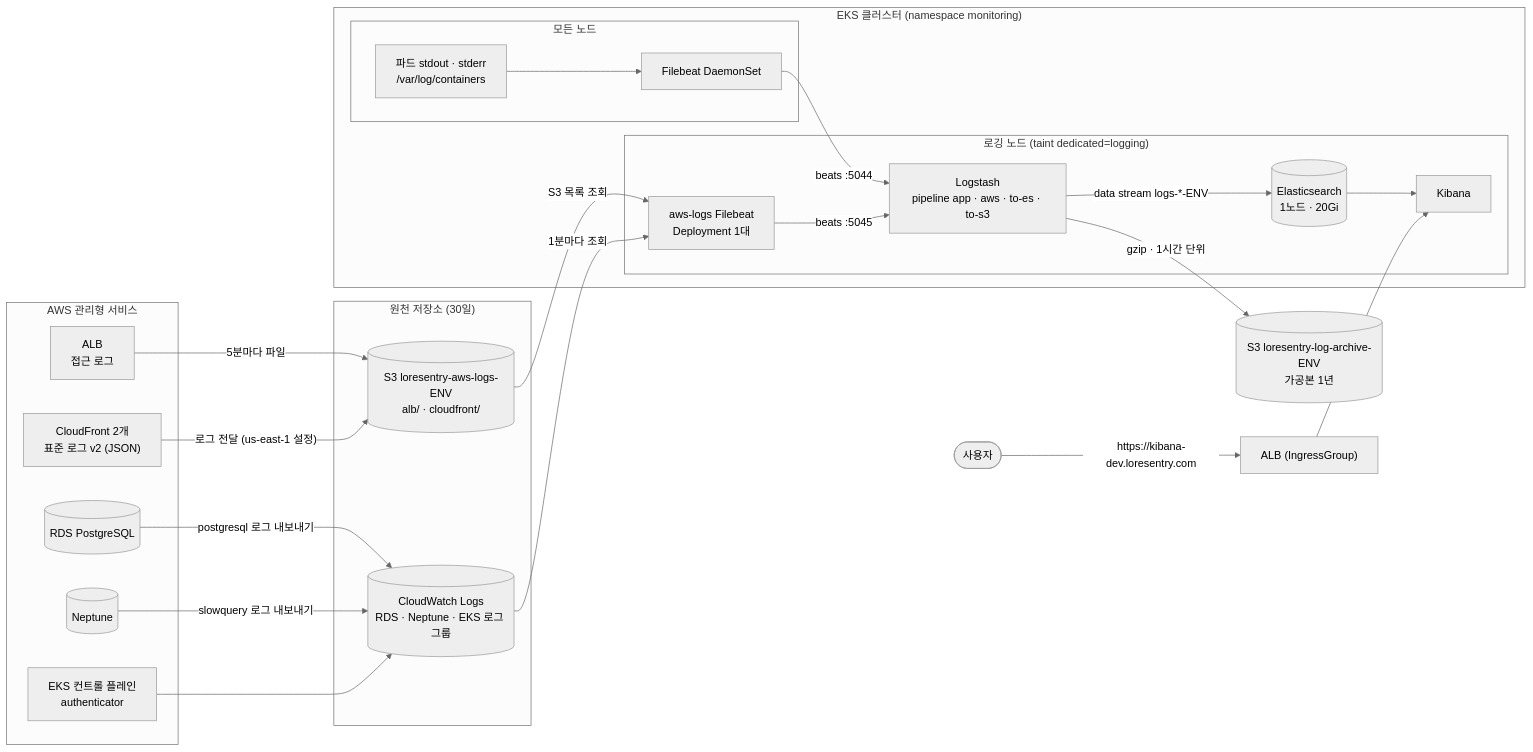
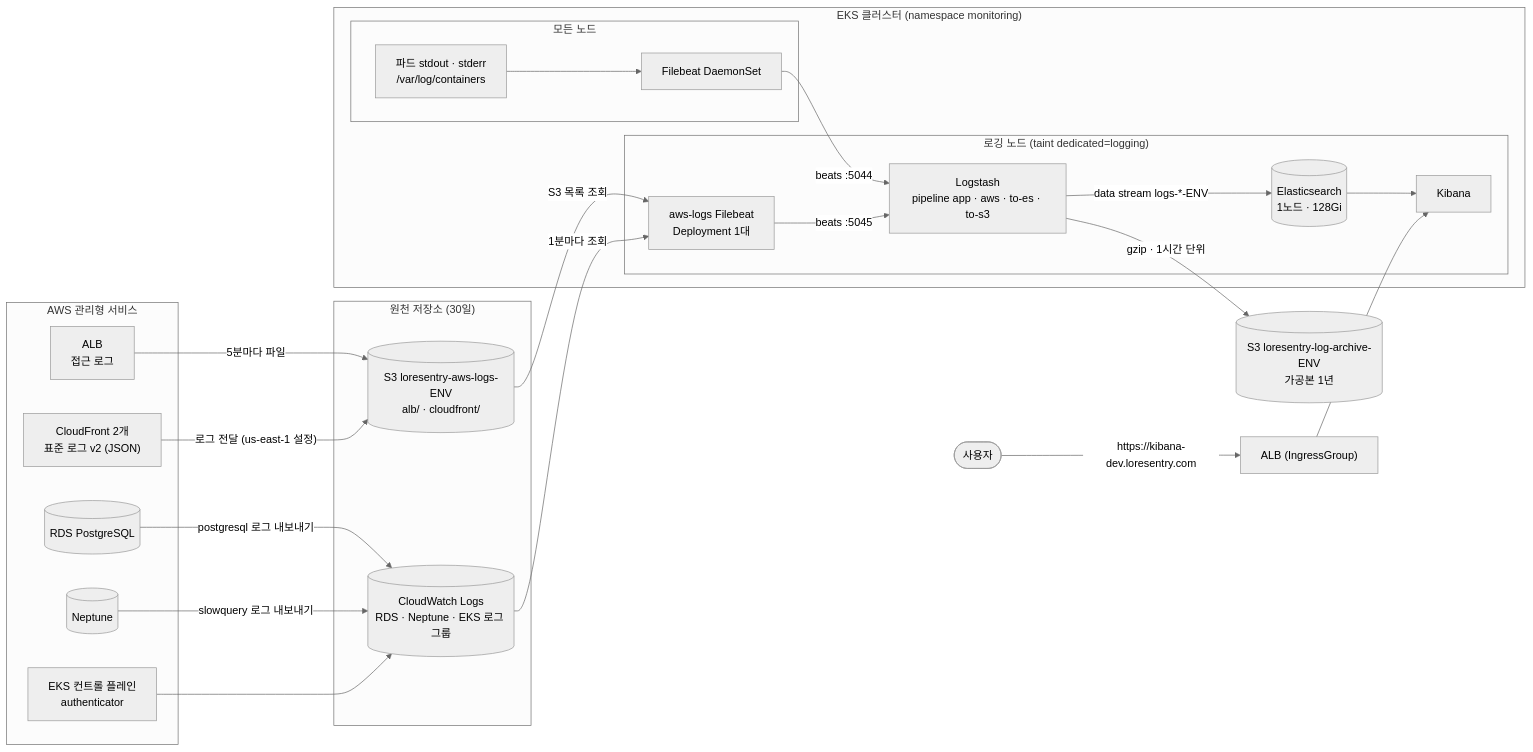
The first of 5 diagrams in LOGGING_ARCHITECTURE.md (soma-lorekeeper/docs), drawn with Mermaid (neutral theme) before and after one commit. The commit also changed other lines of this file and 3 other files, not shown here.

````diff
--- a/LOGGING_ARCHITECTURE.md
+++ b/LOGGING_ARCHITECTURE.md
@@ -19,44 +19,44 @@
 ```mermaid
 flowchart LR
   subgraph AWS["AWS 관리형 서비스"]
     ALB["ALB<br/>접근 로그"]
     CF["CloudFront 2개<br/>표준 로그 v2 (JSON)"]
     RDS[("RDS PostgreSQL")]
     NEP[("Neptune")]
     EKSCP["EKS 컨트롤 플레인<br/>authenticator"]
   end
 
   subgraph SRC["원천 저장소 (30일)"]
     S3SRC[("S3 loresentry-aws-logs-ENV<br/>alb/ · cloudfront/")]
     CWL[("CloudWatch Logs<br/>RDS · Neptune · EKS 로그 그룹")]
   end
 
   ALB -- "5분마다 파일" --> S3SRC
   CF -- "로그 전달 (us-east-1 설정)" --> S3SRC
   RDS -- "postgresql 로그 내보내기" --> CWL
   NEP -- "slowquery 로그 내보내기" --> CWL
   EKSCP --> CWL
 
   subgraph K8S["EKS 클러스터 (namespace monitoring)"]
     subgraph NODES["모든 노드"]
       PODS["파드 stdout · stderr<br/>/var/log/containers"]
       FB["Filebeat DaemonSet"]
     end
     subgraph LOGNODE["로깅 노드 (taint dedicated=logging)"]
       FBA["aws-logs Filebeat<br/>Deployment 1대"]
       LS["Logstash<br/>pipeline app · aws · to-es · to-s3"]
-      ES[("Elasticsearch<br/>1노드 · 20Gi")]
+      ES[("Elasticsearch<br/>1노드 · 128Gi")]
       KB["Kibana"]
     end
   end
 
   PODS --> FB
   FB -- "beats :5044" --> LS
   S3SRC -- "S3 목록 조회" --> FBA
   CWL -- "1분마다 조회" --> FBA
   FBA -- "beats :5045" --> LS
   LS -- "data stream logs-*-ENV" --> ES
   LS -- "gzip · 1시간 단위" --> ARCH[("S3 loresentry-log-archive-ENV<br/>가공본 1년")]
   ES --> KB
   USER(["사용자"]) -- "https://kibana-dev.loresentry.com" --> ING["ALB (IngressGroup)"] --> KB
 ```
````
